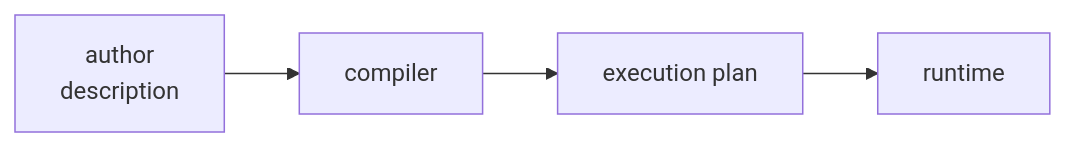
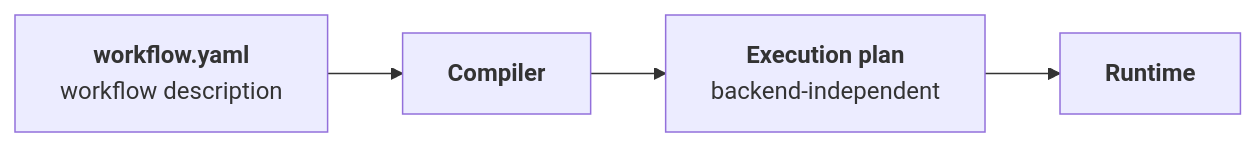
Before and after one commit to FAST-HEP/fasthep-flow: the first of 5 diagrams in docs/execution/plan.md, drawn with Mermaid. The commit also changed other lines of this file and 7 other files, not shown here.

````diff
--- a/docs/execution/plan.md
+++ b/docs/execution/plan.md
@@ -7,9 +10,9 @@
 ```{mermaid}
 flowchart LR
-    Author["author<br/>description"]
-    Compiler["compiler"]
-    Plan["execution plan"]
-    Runtime["runtime"]
+    Workflow["<b>workflow.yaml</b><br/>workflow description"]:::input
+    Compiler["<b>Compiler</b>"]:::flow
+    Plan["<b>Execution plan</b><br/>backend-independent"]:::plan
+    Runtime["<b>Runtime</b>"]:::runtime
 
-    Author --> Compiler --> Plan --> Runtime
+    Workflow --> Compiler --> Plan --> Runtime
 ```
````
